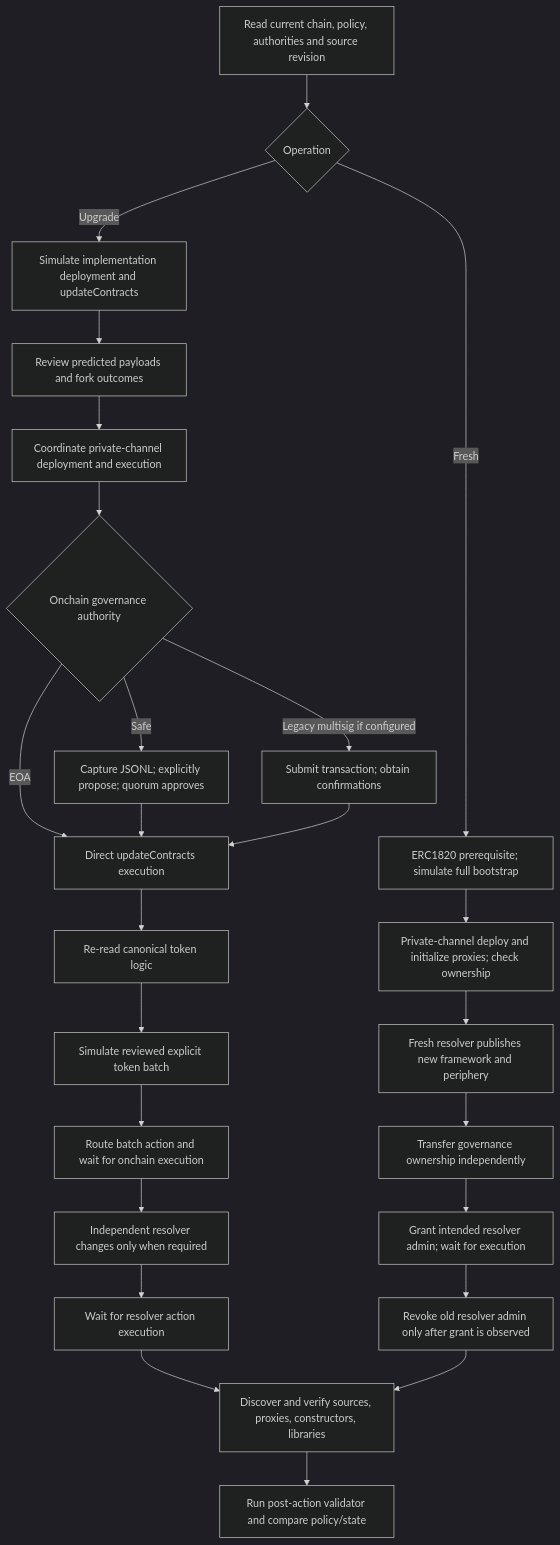
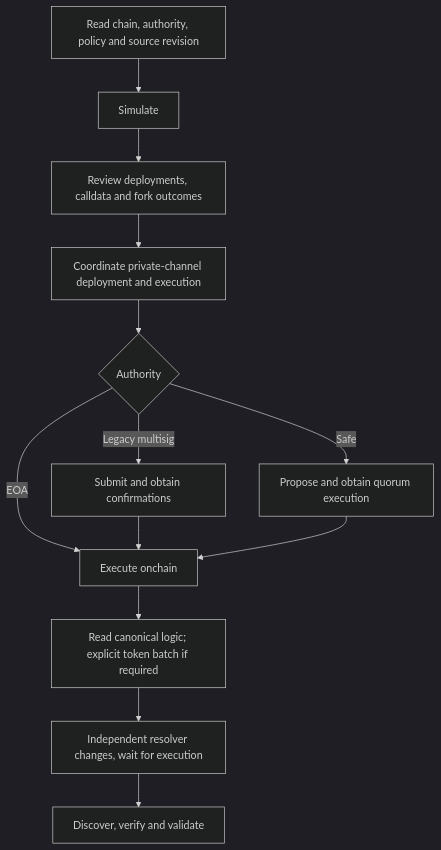
The diagram in packages/ethereum-contracts/docs/deployment-tooling.md (superfluid-org/protocol-monorepo), drawn with Mermaid (dark theme) before and after one commit. The commit also changed other lines of this file and 3 other files, not shown here.

````diff
--- a/packages/ethereum-contracts/docs/deployment-tooling.md
+++ b/packages/ethereum-contracts/docs/deployment-tooling.md
@@ -119,27 +102,15 @@
 ```mermaid
 flowchart TD
-    A[Read current chain, policy, authorities and source revision] --> B{Operation}
-    B -->|Upgrade| C[Simulate implementation deployment and updateContracts]
-    C --> D[Review predicted payloads and fork outcomes]
-    D --> E[Coordinate private-channel deployment and execution]
-    E --> F{Onchain governance authority}
-    F -->|EOA| G[Direct updateContracts execution]
-    F -->|Safe| H[Capture JSONL; explicitly propose; quorum approves]
-    F -->|Legacy multisig if configured| I[Submit transaction; obtain confirmations]
-    H --> G
-    I --> G
-    G --> J[Re-read canonical token logic]
-    J --> K[Simulate reviewed explicit token batch]
-    K --> L[Route batch action and wait for onchain execution]
-    L --> M[Independent resolver changes only when required]
-    M --> N[Wait for resolver action execution]
-    N --> O[Discover and verify sources, proxies, constructors, libraries]
-    O --> P[Run post-action validator and compare policy/state]
-    B -->|Fresh| Q[ERC1820 prerequisite; simulate full bootstrap]
-    Q --> R[Private-channel deploy and initialize proxies; check ownership]
-    R --> S[Fresh resolver publishes new framework and periphery]
-    S --> T[Transfer governance ownership independently]
-    T --> U[Grant intended resolver admin; wait for execution]
-    U --> V[Revoke old resolver admin only after grant is observed]
-    V --> O
+    A[Read chain, authority, policy and source revision] --> B[Simulate]
+    B --> C[Review deployments, calldata and fork outcomes]
+    C --> D[Coordinate private-channel deployment and execution]
+    D --> E{Authority}
+    E -->|EOA| F[Execute onchain]
+    E -->|Legacy multisig| G[Submit and obtain confirmations]
+    E -->|Safe| H[Propose and obtain quorum execution]
+    G --> F
+    H --> F
+    F --> I[Read canonical logic; explicit token batch if required]
+    I --> J[Independent resolver changes, wait for execution]
+    J --> K[Discover, verify and validate]
 ```
````
